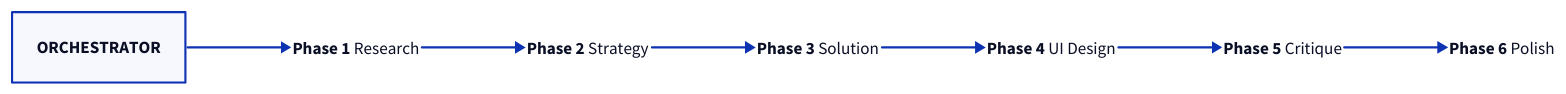
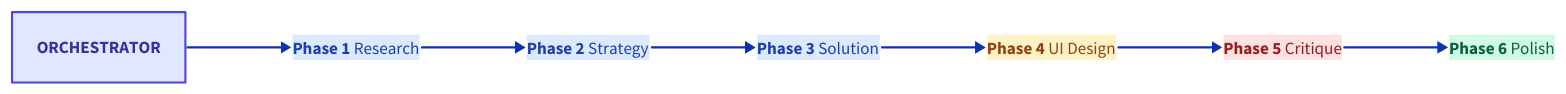
Before and after one commit to smileynet/ui-optimizer: the second of 9 diagrams in docs/reference/diagram-comparison.md, drawn with D2. The commit also changed other lines of this file and 1 other file, not shown here.

First line of the commit message:
feat: add D2 class-based styling with semantic color palette

````diff
--- a/docs/reference/diagram-comparison.md
+++ b/docs/reference/diagram-comparison.md
@@ -42,32 +42,85 @@
 ```d2
 direction: right
 
-orchestrator: ORCHESTRATOR
+# Define semantic style classes
+classes: {
+  orchestrator: {
+    style: {
+      fill: "#E0E7FF"
+      stroke: "#4F46E5"
+      font-color: "#3730A3"
+    }
+  }
+  research: {
+    style: {
+      fill: "#DBEAFE"
+      stroke: "#3B82F6"
+      font-color: "#1E40AF"
+    }
+  }
+  design: {
+    style: {
+      fill: "#FEF3C7"
+      stroke: "#F59E0B"
+      font-color: "#92400E"
+    }
+  }
+  validate: {
+    style: {
+      fill: "#FEE2E2"
+      stroke: "#EF4444"
+      font-color: "#991B1B"
+    }
+  }
+  complete: {
+    style: {
+      fill: "#D1FAE5"
+      stroke: "#10B981"
+      font-color: "#065F46"
+    }
+  }
+}
+
+orchestrator: ORCHESTRATOR {
+  class: orchestrator
+}
 
 p1: |md
   **Phase 1**
   Research
-|
+| {
+  class: research
+}
 p2: |md
   **Phase 2**
   Strategy
-|
+| {
+  class: research
+}
 p3: |md
   **Phase 3**
   Solution
-|
+| {
+  class: research
+}
 p4: |md
   **Phase 4**
   UI Design
-|
+| {
+  class: design
+}
 p5: |md
   **Phase 5**
   Critique
-|
+| {
+  class: validate
+}
 p6: |md
   **Phase 6**
   Polish
-|
+| {
+  class: complete
+}
 
 orchestrator -> p1
 p1 -> p2 -> p3 -> p4 -> p5 -> p6
````
